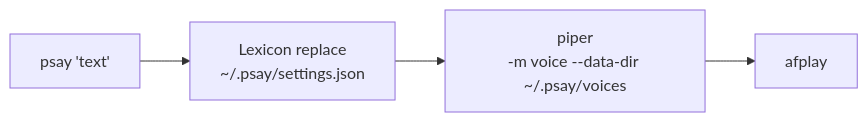
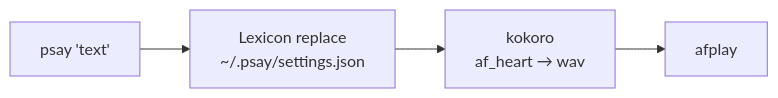
The diagram in README.md (ssupawat/psay), drawn with Mermaid before and after one commit. The commit also changed other lines of this file and 7 other files, not shown here.

First line of the commit message:
Switch voice backend from piper to kokoro-onnx

````diff
--- a/README.md
+++ b/README.md
@@ -41,8 +41,8 @@
 ```mermaid
 flowchart LR
   A["psay 'text'"] --> B["Lexicon replace
 ~/.psay/settings.json"]
-  B --> E["piper
--m voice --data-dir ~/.psay/voices"]
+  B --> E["kokoro
+af_heart → wav"]
   E --> F["afplay"]
 ```
````
